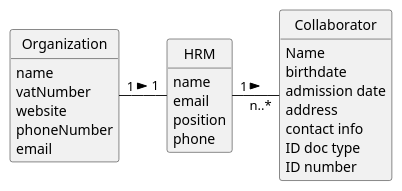
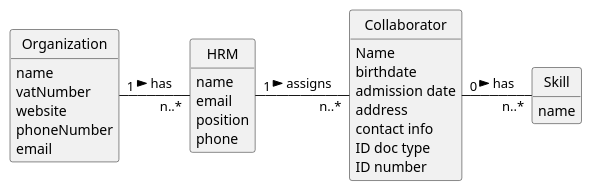
The diagram in docs/sprintA/us004/02.analysis/puml/us006-domain-model.puml (yusufyilmaz00/Integral-Project-ISEP), drawn with PlantUML before and after one commit. The commit also changed 13 other files, not shown here.

```diff
--- a/docs/sprintA/us004/02.analysis/puml/us006-domain-model.puml
+++ b/docs/sprintA/us004/02.analysis/puml/us006-domain-model.puml
@@ -1,52 +1,57 @@
 @startuml
 skinparam monochrome true
 skinparam packageStyle rectangle
 skinparam shadowing false
 
 
 
 skinparam classAttributeIconSize 0
 
 hide circle
 hide methods
 
 
 
 class Organization {
     name
     vatNumber
     website
     phoneNumber
     email
 }
 
 class Collaborator {
 Name
 birthdate
 admission date
 address
 contact info
  ID doc type
  ID number
 }
 
 
+class Skill{
+name
 
+
+}
 
 class HRM {
     name
     email
     position
     phone
 }
 
 
 
 
-Organization "1" - "1" HRM :  >
+Organization "1" - "n..*" HRM :has  >
 
-HRM "1" - "n..*" Collaborator : >
+HRM "1" - "n..*" Collaborator :assigns >
+Collaborator "0" - "n..*" Skill :has >
 
 
 
 @enduml
```
